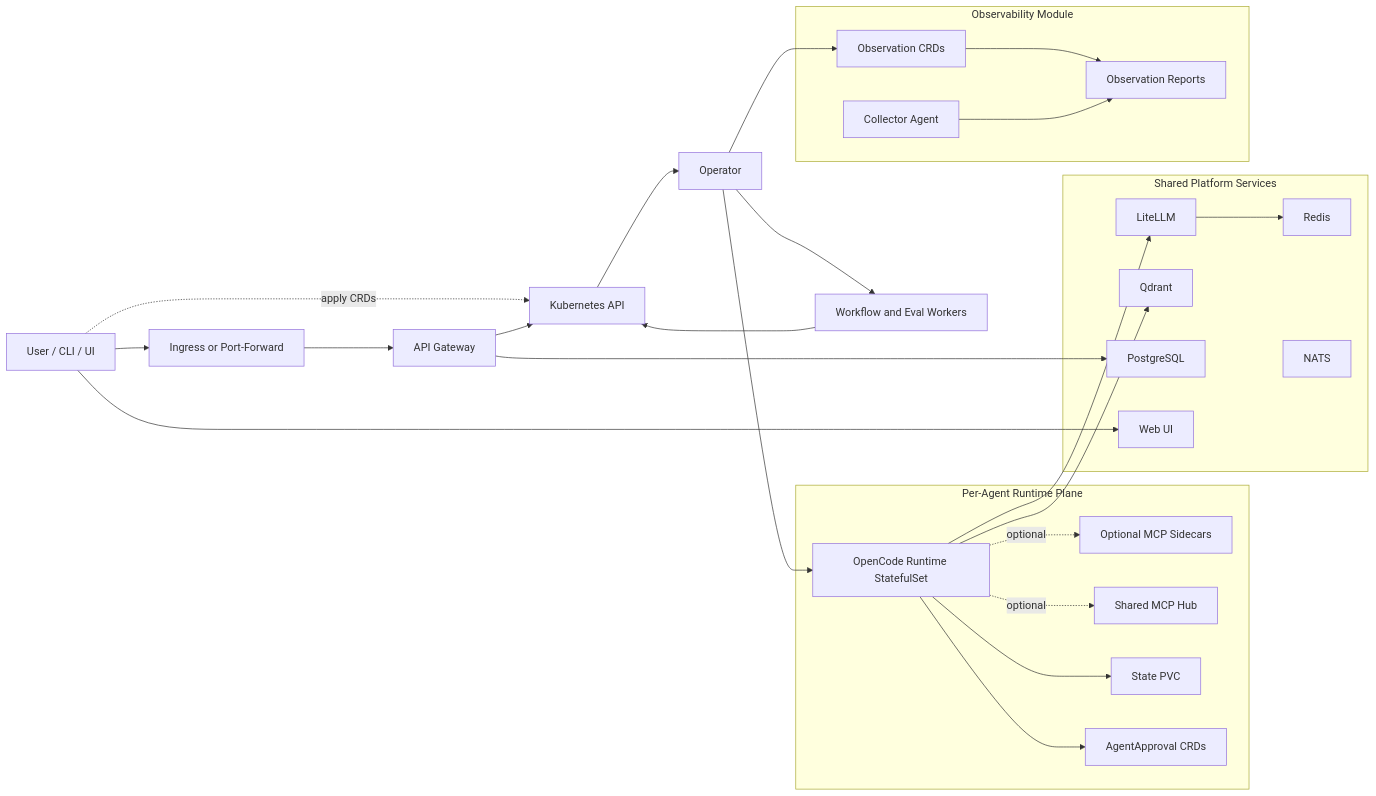
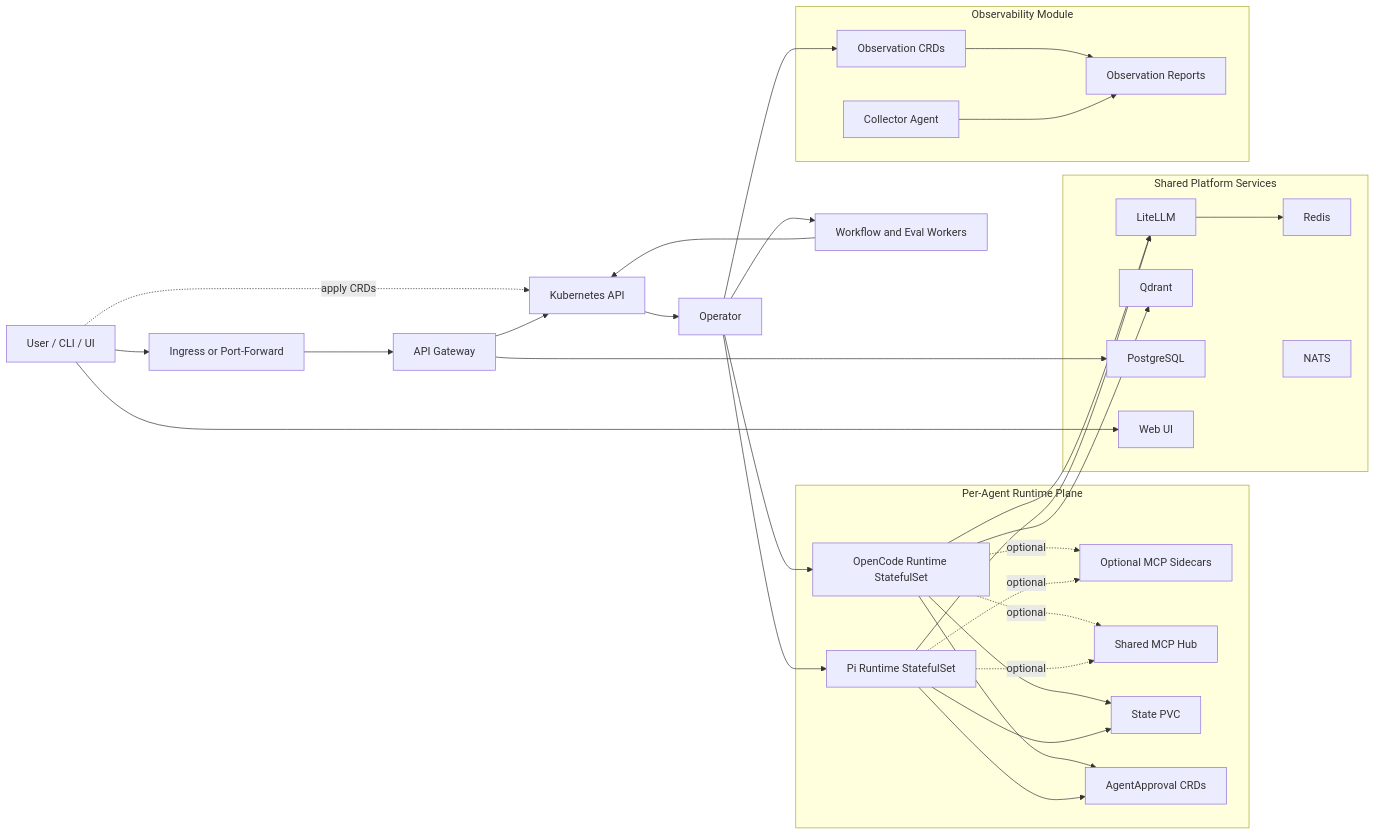
One commit to ykbytes/kubesynapse.ai changed the diagram in docs/architecture-overview.md. Above: the diagram before and after it, drawn with Mermaid. The commit also changed other lines of this file and 429 other files, not shown here.

````diff
--- a/docs/architecture-overview.md
+++ b/docs/architecture-overview.md
@@ -19,51 +19,58 @@
 ```mermaid
 flowchart LR
     User[User / CLI / UI]
     Ingress[Ingress or Port-Forward]
     Gateway[API Gateway]
     K8s[Kubernetes API]
     Operator[Operator]
     Worker[Workflow and Eval Workers]
 
     subgraph AgentPlane[Per-Agent Runtime Plane]
-        RuntimeSTS[OpenCode Runtime StatefulSet]
+        OpenCodeSTS[OpenCode Runtime StatefulSet]
+        PiSTS[Pi Runtime StatefulSet]
         Sidecar[Optional MCP Sidecars]
         SharedMCP[Shared MCP Hub]
         StatePVC[State PVC]
         ApprovalCR[AgentApproval CRDs]
     end
 
     subgraph SharedServices[Shared Platform Services]
         LiteLLM[LiteLLM]
         Redis[Redis]
         Qdrant[Qdrant]
         Postgres[PostgreSQL]
         NATS[NATS]
         WebUI[Web UI]
     end
 
     subgraph Observability[Observability Module]
         ObservationCRDs[Observation CRDs]
         Collector[Collector Agent]
         Reports[Observation Reports]
     end
 
     User --> Ingress --> Gateway
     User --> WebUI
     User -. apply CRDs .-> K8s
     Gateway --> K8s
     K8s --> Operator
-    Operator --> RuntimeSTS
+    Operator --> OpenCodeSTS
+    Operator --> PiSTS
     Operator --> Worker
     Operator --> ObservationCRDs
     Worker --> K8s
-    RuntimeSTS --> LiteLLM --> Redis
-    RuntimeSTS --> Qdrant
-    RuntimeSTS -. optional .-> Sidecar
-    RuntimeSTS -. optional .-> SharedMCP
-    RuntimeSTS --> StatePVC
-    RuntimeSTS --> ApprovalCR
+    OpenCodeSTS --> LiteLLM --> Redis
+    OpenCodeSTS --> Qdrant
+    OpenCodeSTS -. optional .-> Sidecar
+    OpenCodeSTS -. optional .-> SharedMCP
+    OpenCodeSTS --> StatePVC
+    OpenCodeSTS --> ApprovalCR
+    PiSTS --> LiteLLM
+    PiSTS -. optional .-> Sidecar
+    PiSTS -. optional .-> SharedMCP
+    PiSTS --> StatePVC
+    PiSTS --> ApprovalCR
     Gateway --> Postgres
     ObservationCRDs --> Reports
     Collector --> Reports
 ```
````
